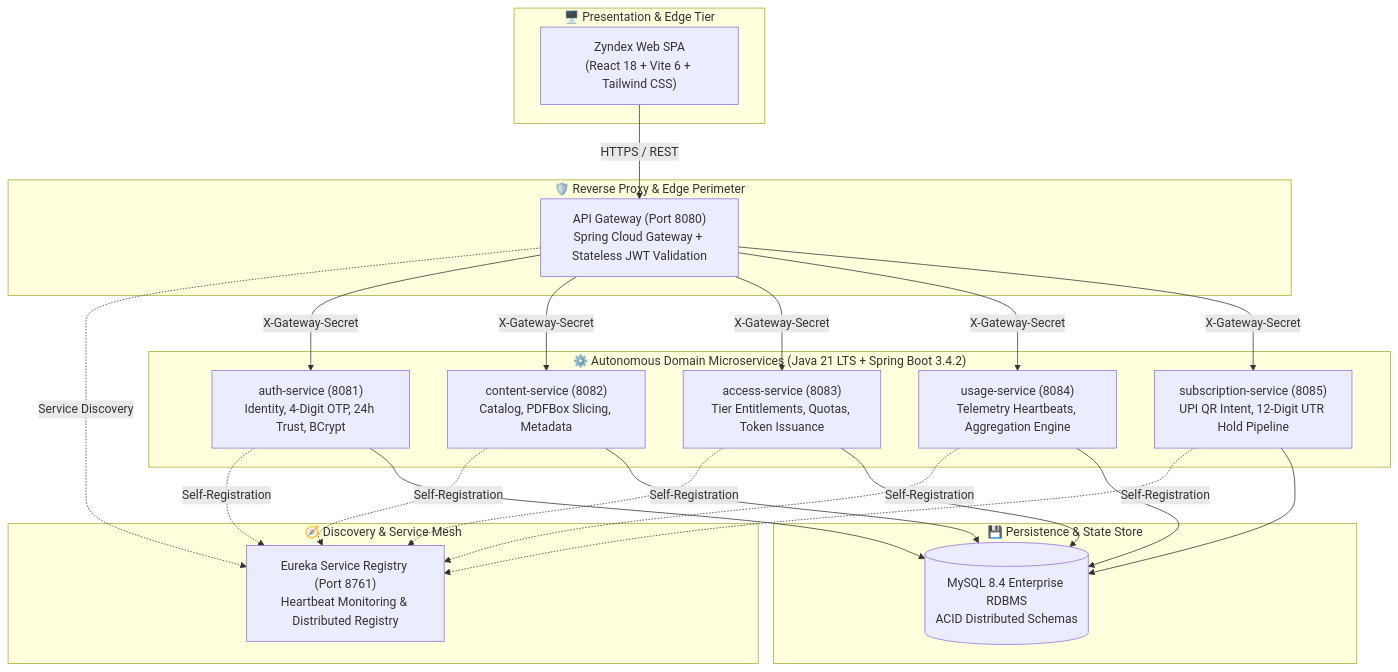
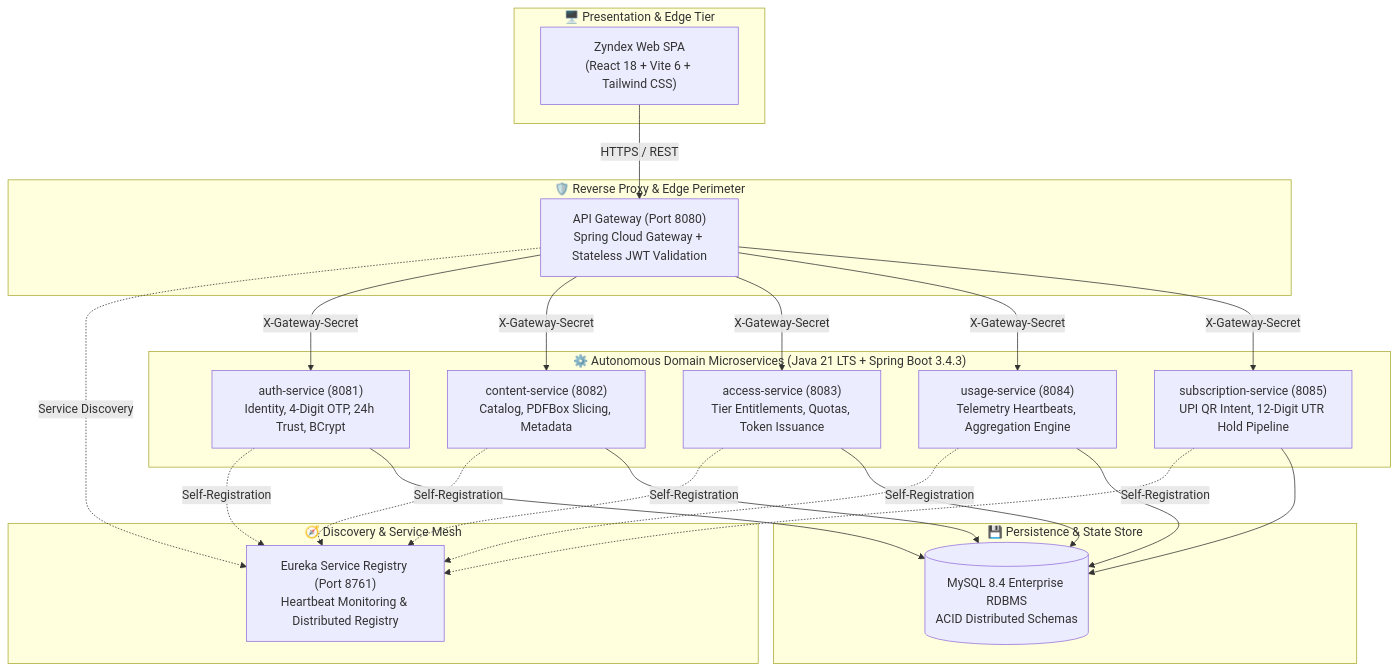
Before and after one commit to BhaanuG/Zyndex-MS: the first of 12 diagrams in README.md, drawn with Mermaid. The commit also changed other lines of this file, not shown here.

````diff
--- a/README.md
+++ b/README.md
@@ -85,46 +85,46 @@
 ```mermaid
 flowchart TD
     subgraph ClientLayer["🖥️ Presentation & Edge Tier"]
         UI["Zyndex Web SPA\n(React 18 + Vite 6 + Tailwind CSS)"]
     end
 
     subgraph GatewayTier["🛡️ Reverse Proxy & Edge Perimeter"]
         GW["API Gateway (Port 8080)\nSpring Cloud Gateway + Stateless JWT Validation"]
     end
 
     subgraph DiscoveryTier["🧭 Discovery & Service Mesh"]
         EUREKA["Eureka Service Registry (Port 8761)\nHeartbeat Monitoring & Distributed Registry"]
     end
 
-    subgraph ServiceMesh["⚙️ Autonomous Domain Microservices (Java 21 LTS + Spring Boot 3.4.2)"]
+    subgraph ServiceMesh["⚙️ Autonomous Domain Microservices (Java 21 LTS + Spring Boot 3.4.3)"]
         AUTH["auth-service (8081)\nIdentity, 4-Digit OTP, 24h Trust, BCrypt"]
         CONTENT["content-service (8082)\nCatalog, PDFBox Slicing, Metadata"]
         ACCESS["access-service (8083)\nTier Entitlements, Quotas, Token Issuance"]
         USAGE["usage-service (8084)\nTelemetry Heartbeats, Aggregation Engine"]
         SUB["subscription-service (8085)\nUPI QR Intent, 12-Digit UTR Hold Pipeline"]
     end
 
     subgraph StorageTier["💾 Persistence & State Store"]
         DB[("MySQL 8.4 Enterprise RDBMS\nACID Distributed Schemas")]
     end
 
     UI -->|"HTTPS / REST"| GW
     GW -.->|"Service Discovery"| EUREKA
     AUTH -.->|"Self-Registration"| EUREKA
     CONTENT -.->|"Self-Registration"| EUREKA
     ACCESS -.->|"Self-Registration"| EUREKA
     USAGE -.->|"Self-Registration"| EUREKA
     SUB -.->|"Self-Registration"| EUREKA
 
     GW -->|"X-Gateway-Secret"| AUTH
     GW -->|"X-Gateway-Secret"| CONTENT
     GW -->|"X-Gateway-Secret"| ACCESS
     GW -->|"X-Gateway-Secret"| USAGE
     GW -->|"X-Gateway-Secret"| SUB
 
     AUTH --> DB
     CONTENT --> DB
     ACCESS --> DB
     USAGE --> DB
     SUB --> DB
 ```
````
